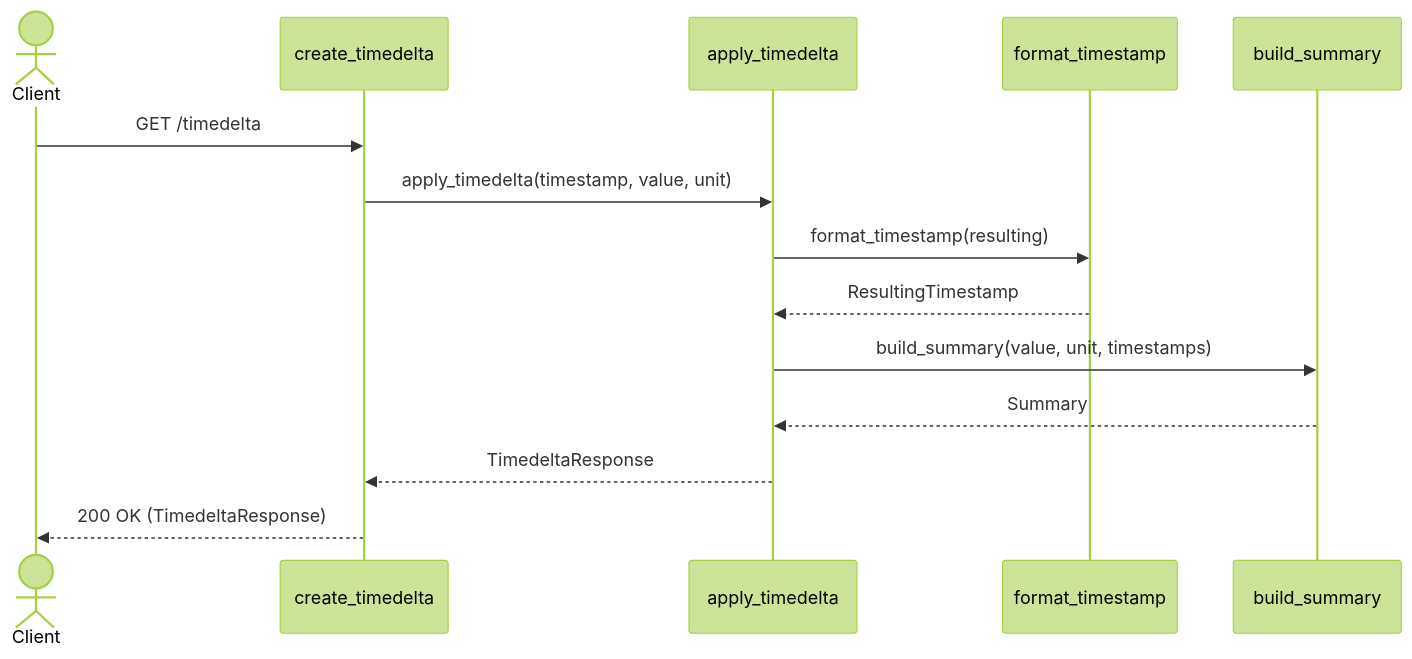
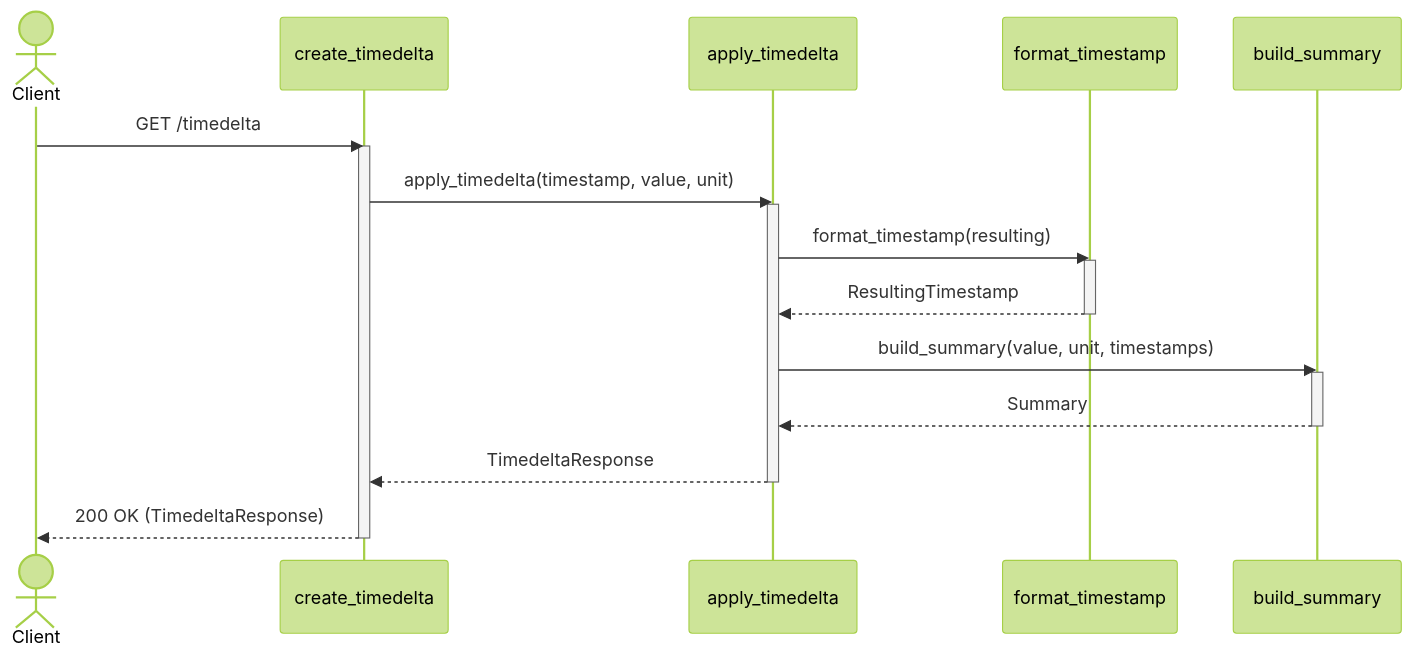
The first of 2 diagrams in README.md (Software-Sluggers/CS361-Timedelta-Service), drawn with Mermaid (forest theme) before and after one commit. The commit also changed other lines of this file, not shown here.

Commit message:
Added activation/deactivation to sequence diagrams

````diff
--- a/README.md
+++ b/README.md
@@ -92,17 +92,25 @@
 ```mermaid
 sequenceDiagram
     actor Client
     participant create_timedelta
     participant apply_timedelta
     participant format_timestamp
     participant build_summary
 
     Client->>create_timedelta: GET /timedelta
+    activate create_timedelta
     create_timedelta->>apply_timedelta: apply_timedelta(timestamp, value, unit)
+    activate apply_timedelta
     apply_timedelta->>format_timestamp: format_timestamp(resulting)
+    activate format_timestamp
     format_timestamp-->>apply_timedelta: ResultingTimestamp
+    deactivate format_timestamp
     apply_timedelta->>build_summary: build_summary(value, unit, timestamps)
+    activate build_summary
     build_summary-->>apply_timedelta: Summary
+    deactivate build_summary
     apply_timedelta-->>create_timedelta: TimedeltaResponse
+    deactivate apply_timedelta
     create_timedelta-->>Client: 200 OK (TimedeltaResponse)
+    deactivate create_timedelta
 ```
````
